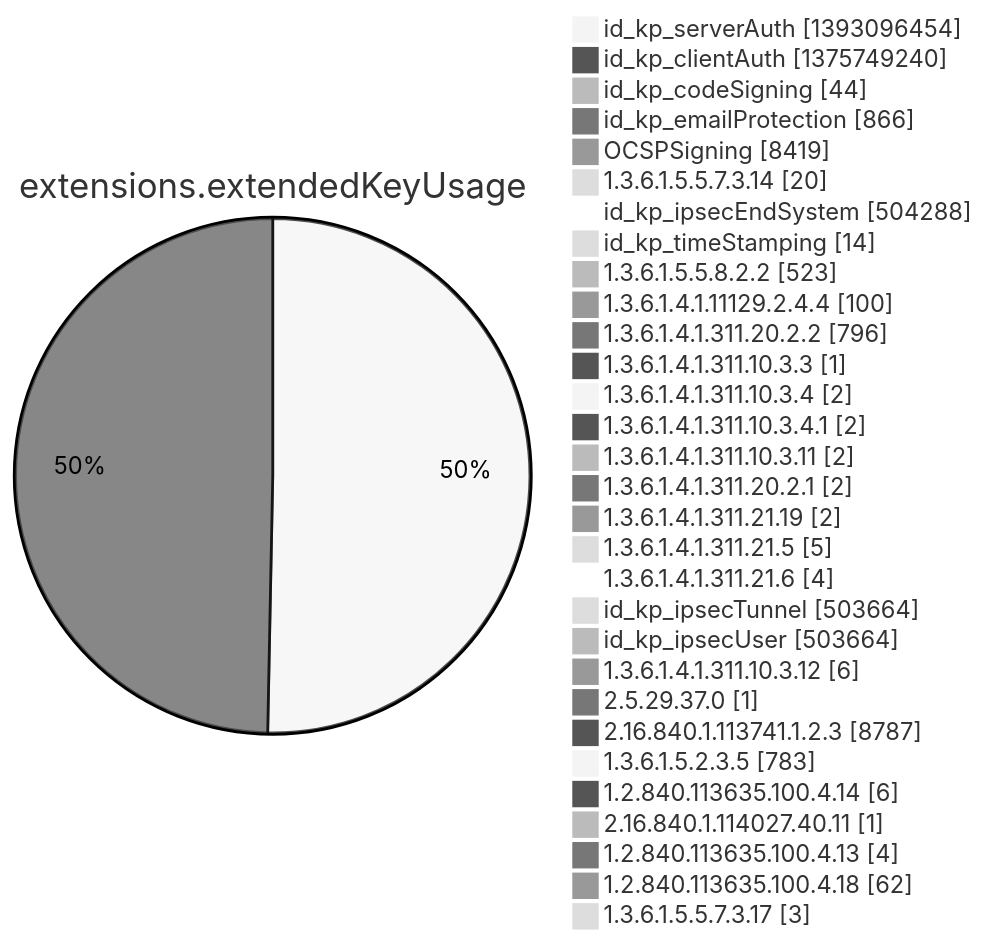
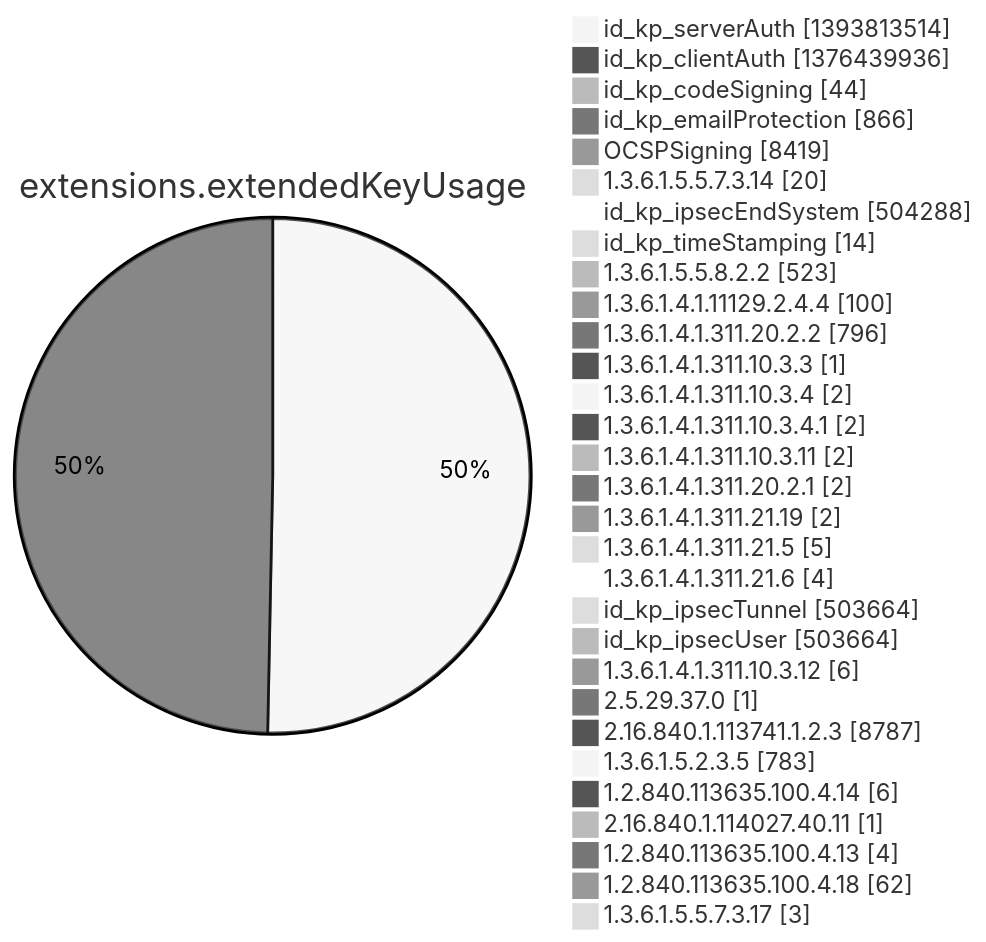
One commit to christiankrug/ctmonitor_visualization changed diagram 12 of 15 in argon2022/README.md. Above: the diagram before and after it, drawn with Mermaid (neutral theme). The commit also changed other lines of this file, not shown here.

````diff
--- a/argon2022/README.md
+++ b/argon2022/README.md
@@ -3554,34 +3554,34 @@
 ```mermaid
 pie showData
 title extensions.extendedKeyUsage
-"id_kp_serverAuth" :1393096454
-"id_kp_clientAuth" :1375749240
+"id_kp_serverAuth" :1393813514
+"id_kp_clientAuth" :1376439936
 "id_kp_codeSigning" :44
 "id_kp_emailProtection" :866
 "OCSPSigning" :8419
 "1.3.6.1.5.5.7.3.14" :20
 "id_kp_ipsecEndSystem" :504288
 "id_kp_timeStamping" :14
 "1.3.6.1.5.5.8.2.2" :523
 "1.3.6.1.4.1.11129.2.4.4" :100
 "1.3.6.1.4.1.311.20.2.2" :796
 "1.3.6.1.4.1.311.10.3.3" :1
 "1.3.6.1.4.1.311.10.3.4" :2
 "1.3.6.1.4.1.311.10.3.4.1" :2
 "1.3.6.1.4.1.311.10.3.11" :2
 "1.3.6.1.4.1.311.20.2.1" :2
 "1.3.6.1.4.1.311.21.19" :2
 "1.3.6.1.4.1.311.21.5" :5
 "1.3.6.1.4.1.311.21.6" :4
 "id_kp_ipsecTunnel" :503664
 "id_kp_ipsecUser" :503664
 "1.3.6.1.4.1.311.10.3.12" :6
 "2.5.29.37.0" :1
 "2.16.840.1.113741.1.2.3" :8787
 "1.3.6.1.5.2.3.5" :783
 "1.2.840.113635.100.4.14" :6
 "2.16.840.1.114027.40.11" :1
 "1.2.840.113635.100.4.13" :4
 "1.2.840.113635.100.4.18" :62
 "1.3.6.1.5.5.7.3.17" :3
 ```
````
